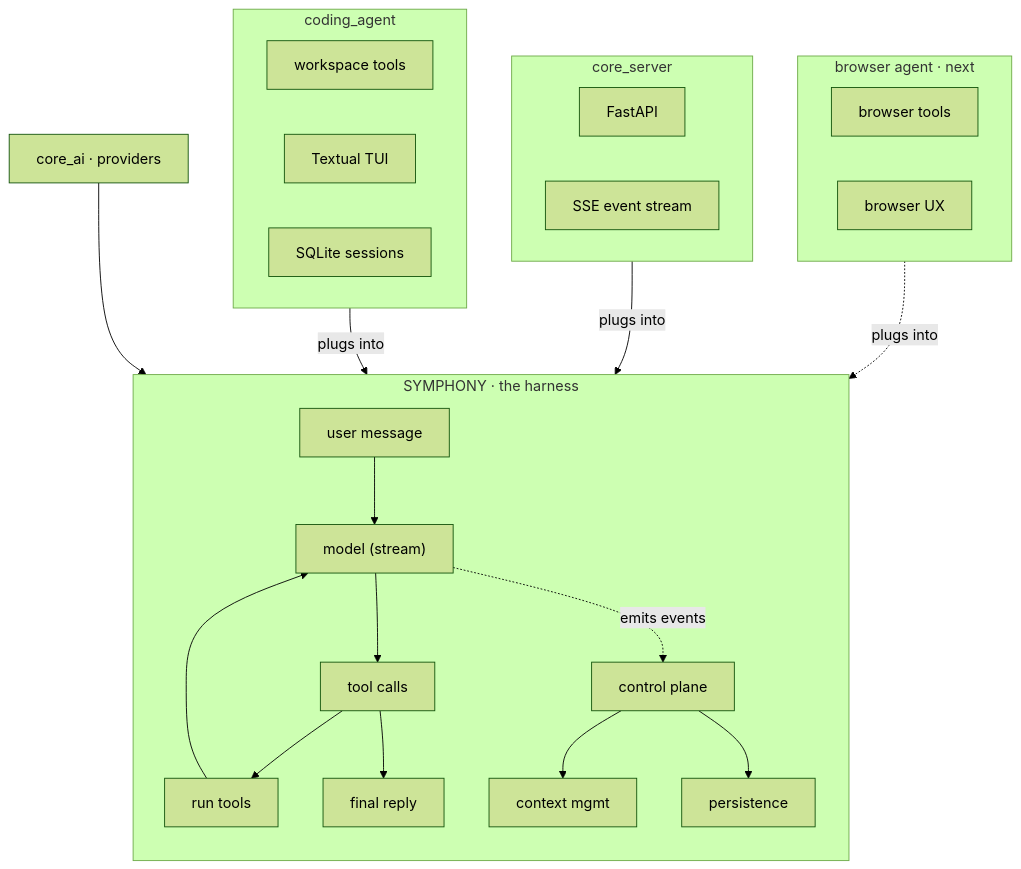
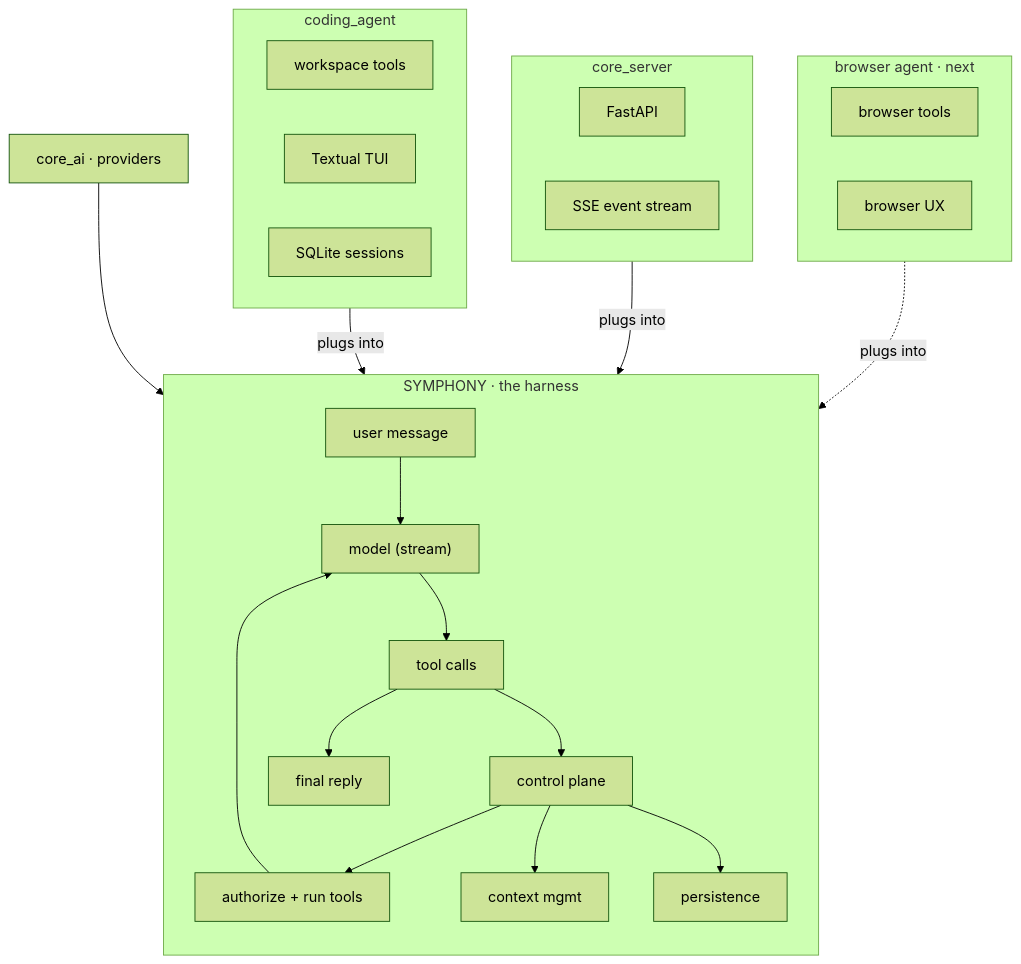
One commit to Sarthakischauhan/symphony changed the diagram in README.md. Above: the diagram before and after it, drawn with Mermaid (forest theme). The commit also changed other lines of this file and 36 other files, not shown here.

````diff
--- a/README.md
+++ b/README.md
@@ -11,36 +11,36 @@
 ```mermaid
 flowchart TD
     subgraph SYM["SYMPHONY · the harness"]
         direction TB
         U["user message"] --> M["model (stream)"]
         M --> TC["tool calls"]
-        TC --> RT["run tools"]
+        TC --> CP["control plane"]
+        CP --> RT["authorize + run tools"]
         RT --> M
         TC --> FR["final reply"]
-        M -. "emits events" .-> CP["control plane"]
         CP --> CTX["context mgmt"]
         CP --> PER["persistence"]
     end
 
     AI["core_ai · providers"] --> M
 
     subgraph COD["coding_agent"]
         WS["workspace tools"]
         TU["Textual TUI"]
         SQ["SQLite sessions"]
     end
 
     subgraph SRV["core_server"]
         API["FastAPI"]
         SSE["SSE event stream"]
     end
 
     subgraph BROW["browser agent · next"]
         BT["browser tools"]
         BU["browser UX"]
     end
 
     COD -- "plugs into" --> SYM
     SRV -- "plugs into" --> SYM
     BROW -. "plugs into" .-> SYM
 ```
````
